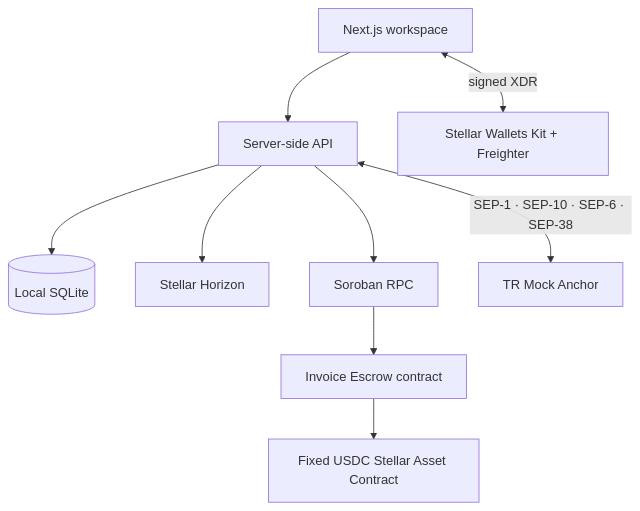
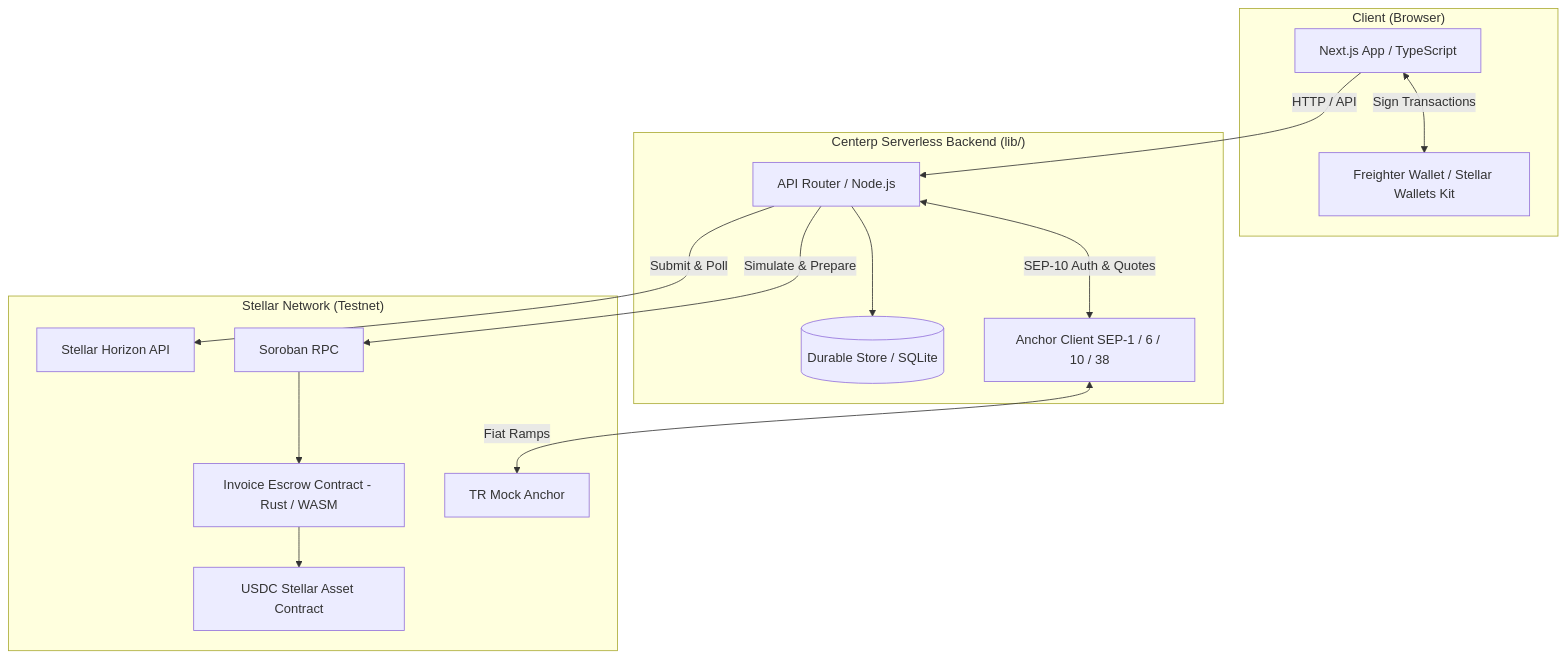
Before and after one commit to ugurrcoskun/Centerp: the third of 4 diagrams in README.md, drawn with Mermaid. The commit also changed other lines of this file and 1 other file, not shown here.

````diff
--- a/README.md
+++ b/README.md
@@ -45,11 +131,31 @@
 ```mermaid
 flowchart TB
-  UI[Next.js workspace] --> API[Server-side API]
-  UI <-->|signed XDR| WALLET[Stellar Wallets Kit + Freighter]
-  API --> DB[(Local SQLite)]
-  API --> H[Stellar Horizon]
-  API --> RPC[Soroban RPC]
-  RPC --> ESCROW[Invoice Escrow contract]
-  ESCROW --> SAC[Fixed USDC Stellar Asset Contract]
-  API <-->|SEP-1 · SEP-10 · SEP-6 · SEP-38| ANCHOR[TR Mock Anchor]
+    subgraph Client ["Client (Browser)"]
+        UI[Next.js App / TypeScript]
+        Freighter[Freighter Wallet / Stellar Wallets Kit]
+    end
+
+    subgraph Backend ["Centerp Serverless Backend (lib/)"]
+        API[API Router / Node.js]
+        DB[(Durable Store / SQLite)]
+        SEP[Anchor Client SEP-1 / 6 / 10 / 38]
+    end
+
+    subgraph Stellar ["Stellar Network (Testnet)"]
+        H[Stellar Horizon API]
+        RPC[Soroban RPC]
+        Contract[Invoice Escrow Contract - Rust / WASM]
+        SAC[USDC Stellar Asset Contract]
+        Anchor[TR Mock Anchor]
+    end
+
+    UI <-->|Sign Transactions| Freighter
+    UI -->|HTTP / API| API
+    API --> DB
+    API <-->|SEP-10 Auth & Quotes| SEP
+    SEP <-->|Fiat Ramps| Anchor
+    API -->|Submit & Poll| H
+    API -->|Simulate & Prepare| RPC
+    RPC --> Contract
+    Contract --> SAC
 ```
````
